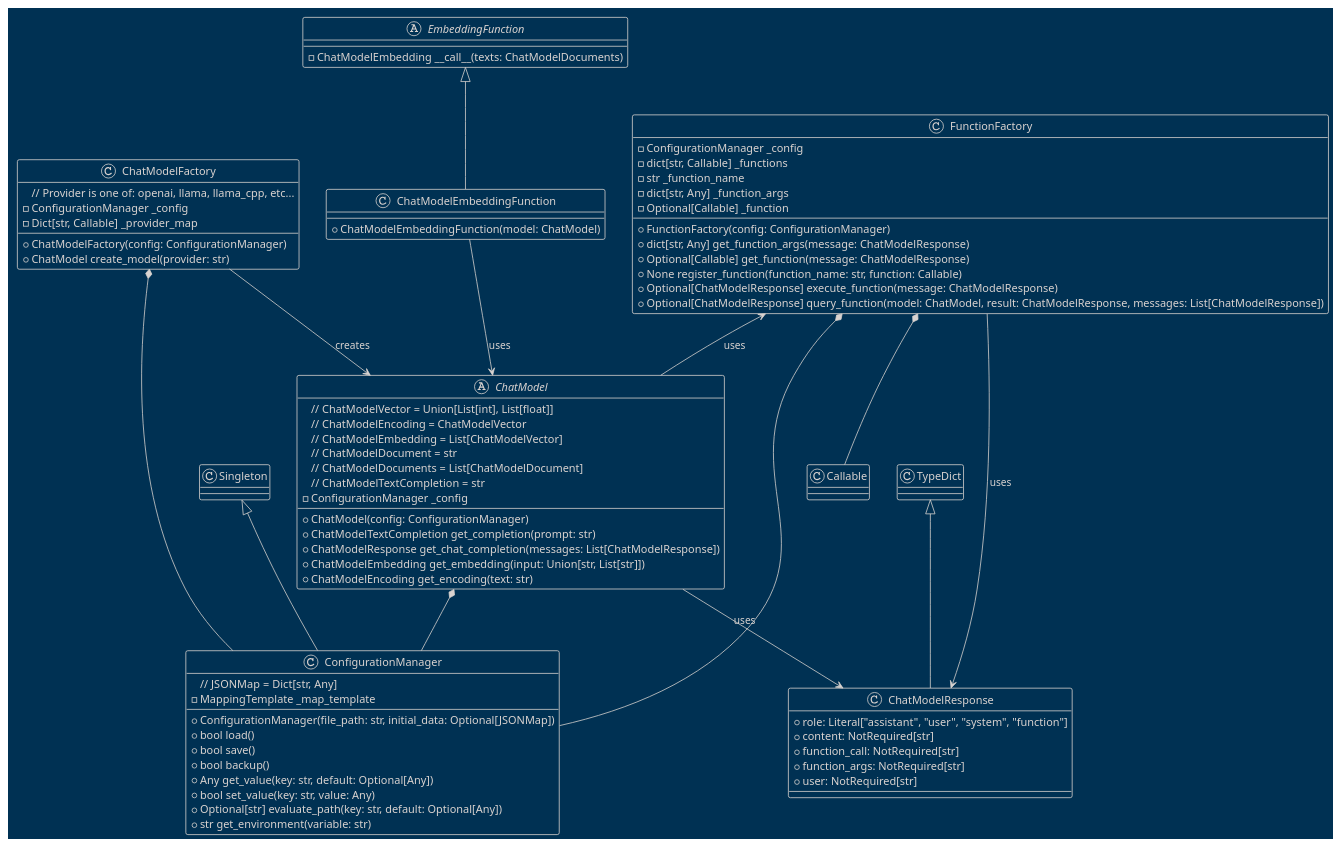
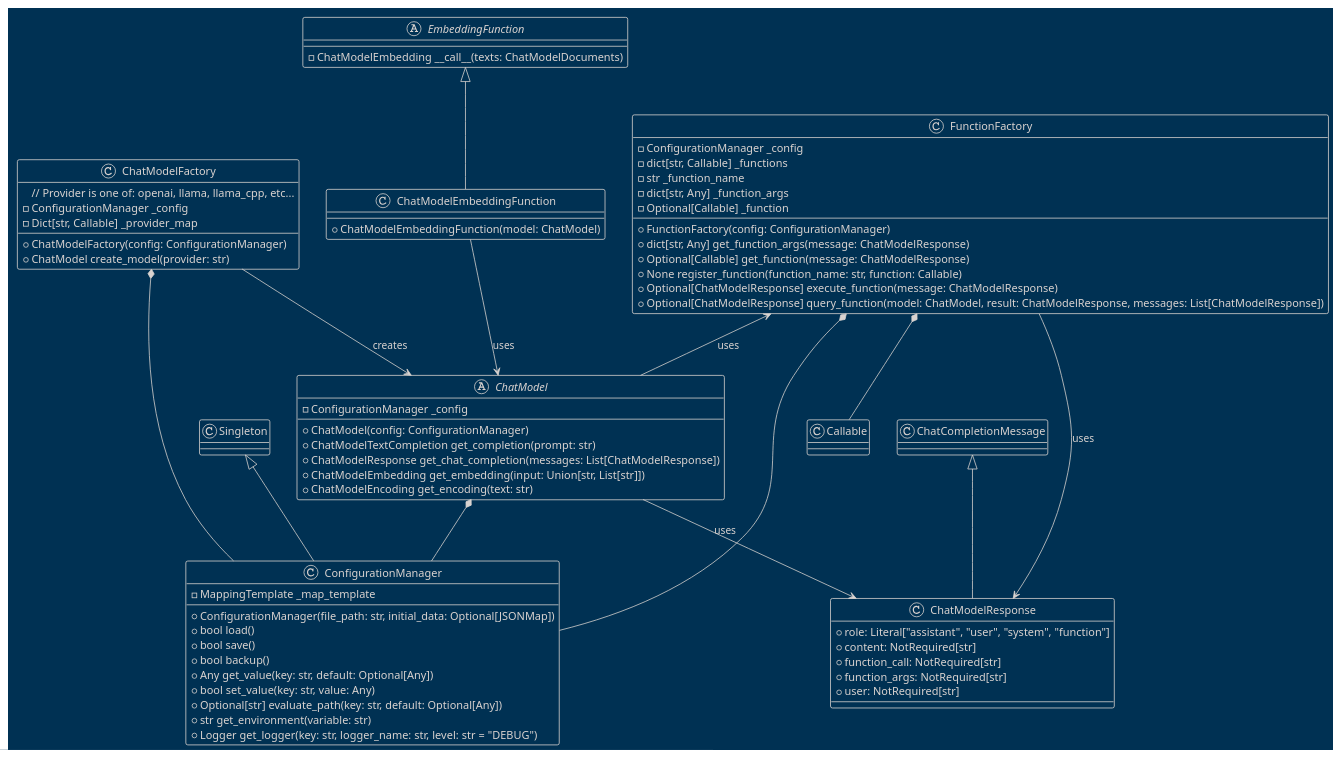
The diagram in docs/diagrams/plantuml/ChatModel.puml (teleprint-me/py.gpt.prompt), drawn with PlantUML before and after one commit.

Commit message:
docs: Update ChatModel.puml with Type Definitions
- Added type definitions for ChatModel-related types (ChatModelVector, ChatModelEncoding, ChatModelEmbedding, ChatModelDocument, ChatModelDocuments, ChatModelTextCompletion) to provide clarity and improve documentation.
- Updated the `ChatModelResponse` class to extend `ChatCompletionMessage` to maintain consistency in type hierarchy.

This commit enhances the UML diagram in ChatModel.puml by including type definitions for various ChatModel-related types.

```diff
--- a/docs/diagrams/plantuml/ChatModel.puml
+++ b/docs/diagrams/plantuml/ChatModel.puml
@@ -1,85 +1,87 @@
 @startuml ChatModel
 !theme blueprint
 
 ' docs/diagrams/plantuml/chat_model.puml
 
+' // ChatModel Type Definitions
+' ChatModelVector = Union[List[int], List[float]]
+' ChatModelEncoding = ChatModelVector
+' ChatModelEmbedding = List[ChatModelVector]
+' ChatModelDocument = str
+' ChatModelDocuments = List[ChatModelDocument]
+' ChatModelTextCompletion = str
+
 class ConfigurationManager extends Singleton {
-    // JSONMap = Dict[str, Any]
     - MappingTemplate _map_template
     + ConfigurationManager(file_path: str, initial_data: Optional[JSONMap])
     + bool load()
     + bool save()
     + bool backup()
     + Any get_value(key: str, default: Optional[Any])
     + bool set_value(key: str, value: Any)
     + Optional[str] evaluate_path(key: str, default: Optional[Any])
     + str get_environment(variable: str)
+    + Logger get_logger(key: str, logger_name: str, level: str = "DEBUG")
 }
 
-class ChatModelResponse extends TypeDict {
+class ChatModelResponse extends ChatCompletionMessage {
     + role: Literal["assistant", "user", "system", "function"]
     + content: NotRequired[str]
     + function_call: NotRequired[str]
     + function_args: NotRequired[str]
     + user: NotRequired[str]
 }
 
 abstract class ChatModel {
-    // ChatModelVector = Union[List[int], List[float]]
-    // ChatModelEncoding = ChatModelVector
-    // ChatModelEmbedding = List[ChatModelVector]
-    // ChatModelDocument = str
-    // ChatModelDocuments = List[ChatModelDocument]
-    // ChatModelTextCompletion = str
     - ConfigurationManager _config
     + ChatModel(config: ConfigurationManager)
     + ChatModelTextCompletion get_completion(prompt: str)
     + ChatModelResponse get_chat_completion(messages: List[ChatModelResponse])
     + ChatModelEmbedding get_embedding(input: Union[str, List[str]])
     + ChatModelEncoding get_encoding(text: str)
 }
 
 abstract class EmbeddingFunction {
     - ChatModelEmbedding __call__(texts: ChatModelDocuments)
 }
 
 class ChatModelEmbeddingFunction extends EmbeddingFunction {
     + ChatModelEmbeddingFunction(model: ChatModel)
 }
 
 class ChatModelFactory {
     // Provider is one of: openai, llama, llama_cpp, etc...
     - ConfigurationManager _config
     - Dict[str, Callable] _provider_map
     + ChatModelFactory(config: ConfigurationManager)
     + ChatModel create_model(provider: str)
 }
 
 class FunctionFactory {
     - ConfigurationManager _config
     - dict[str, Callable] _functions
     - str _function_name
     - dict[str, Any] _function_args
     - Optional[Callable] _function
     + FunctionFactory(config: ConfigurationManager)
     + dict[str, Any] get_function_args(message: ChatModelResponse)
     + Optional[Callable] get_function(message: ChatModelResponse)
     + None register_function(function_name: str, function: Callable)
     + Optional[ChatModelResponse] execute_function(message: ChatModelResponse)
     + Optional[ChatModelResponse] query_function(model: ChatModel, result: ChatModelResponse, messages: List[ChatModelResponse])
 }
 
 ChatModelFactory --> ChatModel : "creates"
 ChatModelFactory *-- ConfigurationManager
 
 ChatModel *-- ConfigurationManager
 ChatModel --> ChatModelResponse : "uses"
 ' note left of ChatModel: Maximum token limit in sequence is model-dependent. Refer to model documentation for specifics.
 
 FunctionFactory *-- ConfigurationManager
 FunctionFactory *-- Callable
 FunctionFactory --> ChatModelResponse : "uses"
 FunctionFactory <-- ChatModel : "uses"
 
 ChatModelEmbeddingFunction --> ChatModel : "uses"
 @enduml
```
